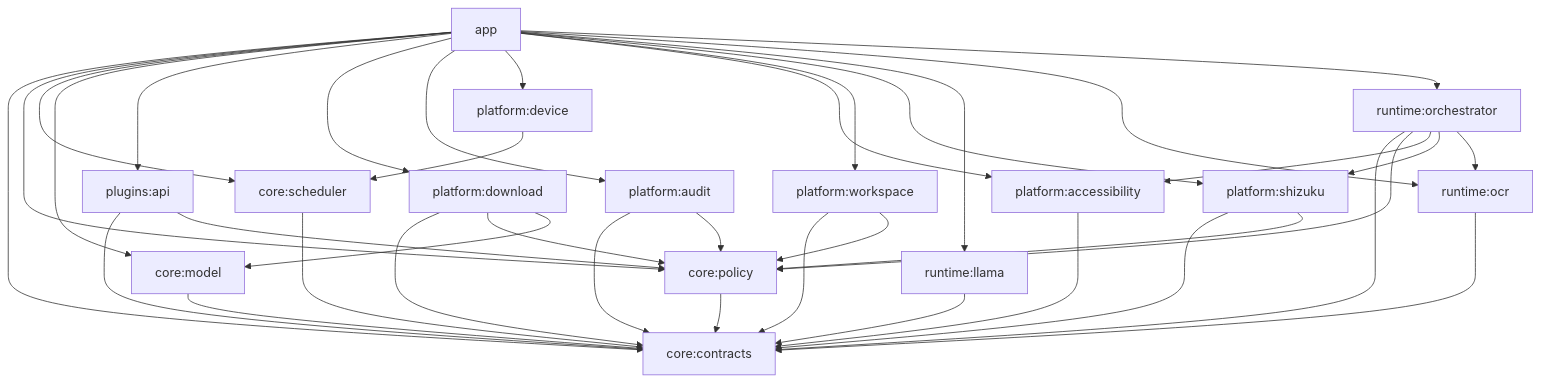
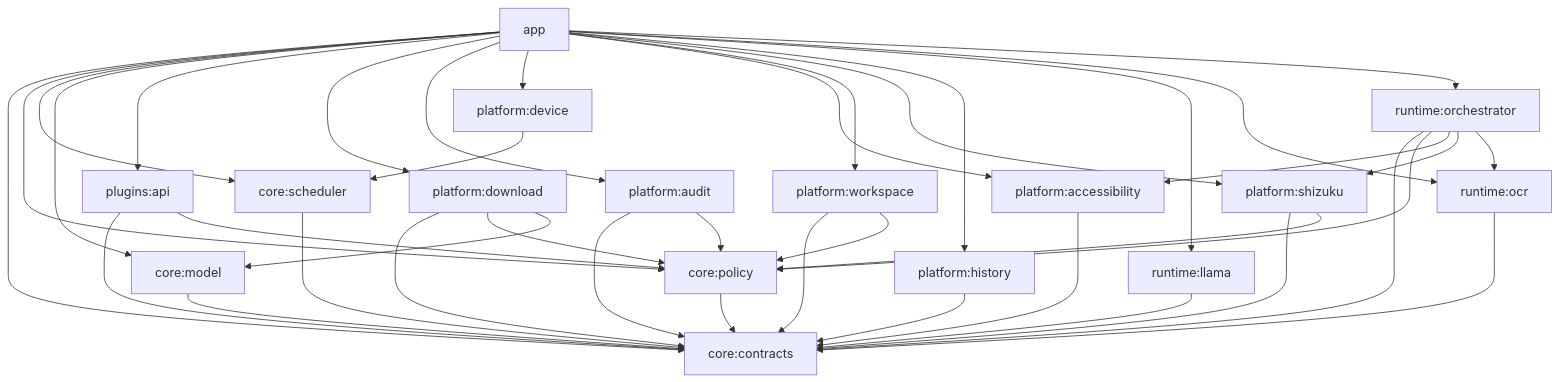
One commit to soobujmiah/lai changed the diagram in docs/architecture/module-map.md. Above: the diagram before and after it, drawn with Mermaid. The commit also changed other lines of this file and 60 other files, not shown here.

````diff
--- a/docs/architecture/module-map.md
+++ b/docs/architecture/module-map.md
@@ -31,40 +31,42 @@
 ```mermaid
 graph TD
   app --> contracts[core:contracts]
   app --> policy[core:policy]
   app --> scheduler[core:scheduler]
   app --> model[core:model]
   app --> plugins[plugins:api]
   app --> download[platform:download]
   app --> audit[platform:audit]
   app --> device[platform:device]
   app --> accessibility[platform:accessibility]
   app --> workspace[platform:workspace]
   app --> shizuku[platform:shizuku]
+  app --> history[platform:history]
   app --> llama[runtime:llama]
   app --> ocr[runtime:ocr]
   app --> orchestrator[runtime:orchestrator]
   policy --> contracts
   scheduler --> contracts
   model --> contracts
   plugins --> contracts
   plugins --> policy
   download --> contracts
   download --> policy
   download --> model
   audit --> contracts
   audit --> policy
   device --> scheduler
   accessibility --> contracts
   workspace --> contracts
   workspace --> policy
+  history --> contracts
   shizuku --> contracts
   shizuku --> policy
   llama --> contracts
   ocr --> contracts
   orchestrator --> contracts
   orchestrator --> policy
   orchestrator --> accessibility
   orchestrator --> shizuku
   orchestrator --> ocr
 ```
````
